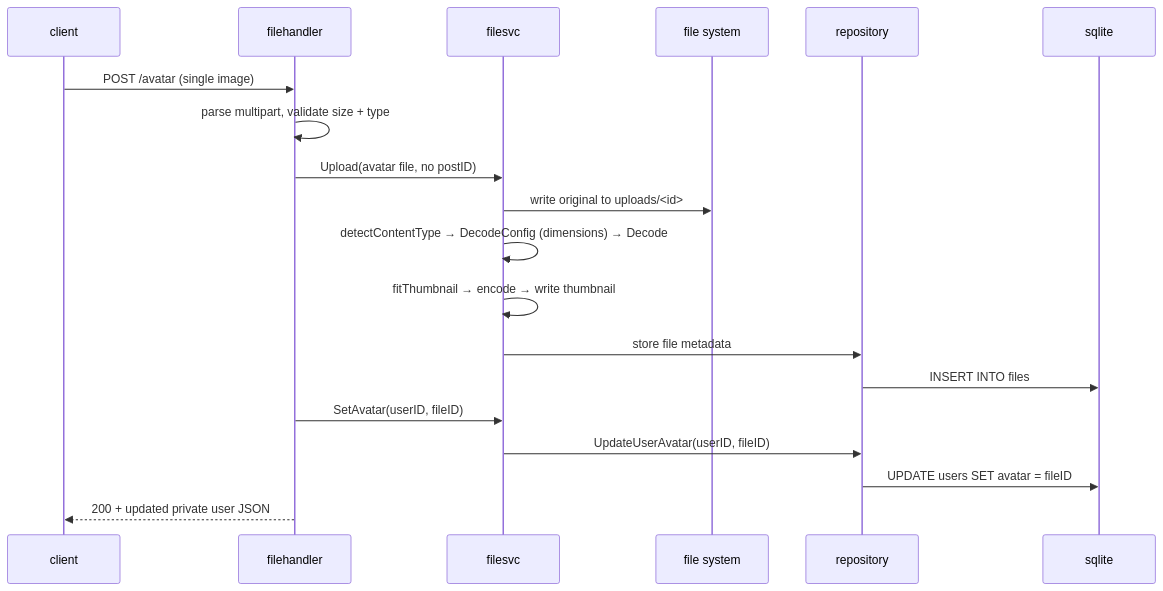
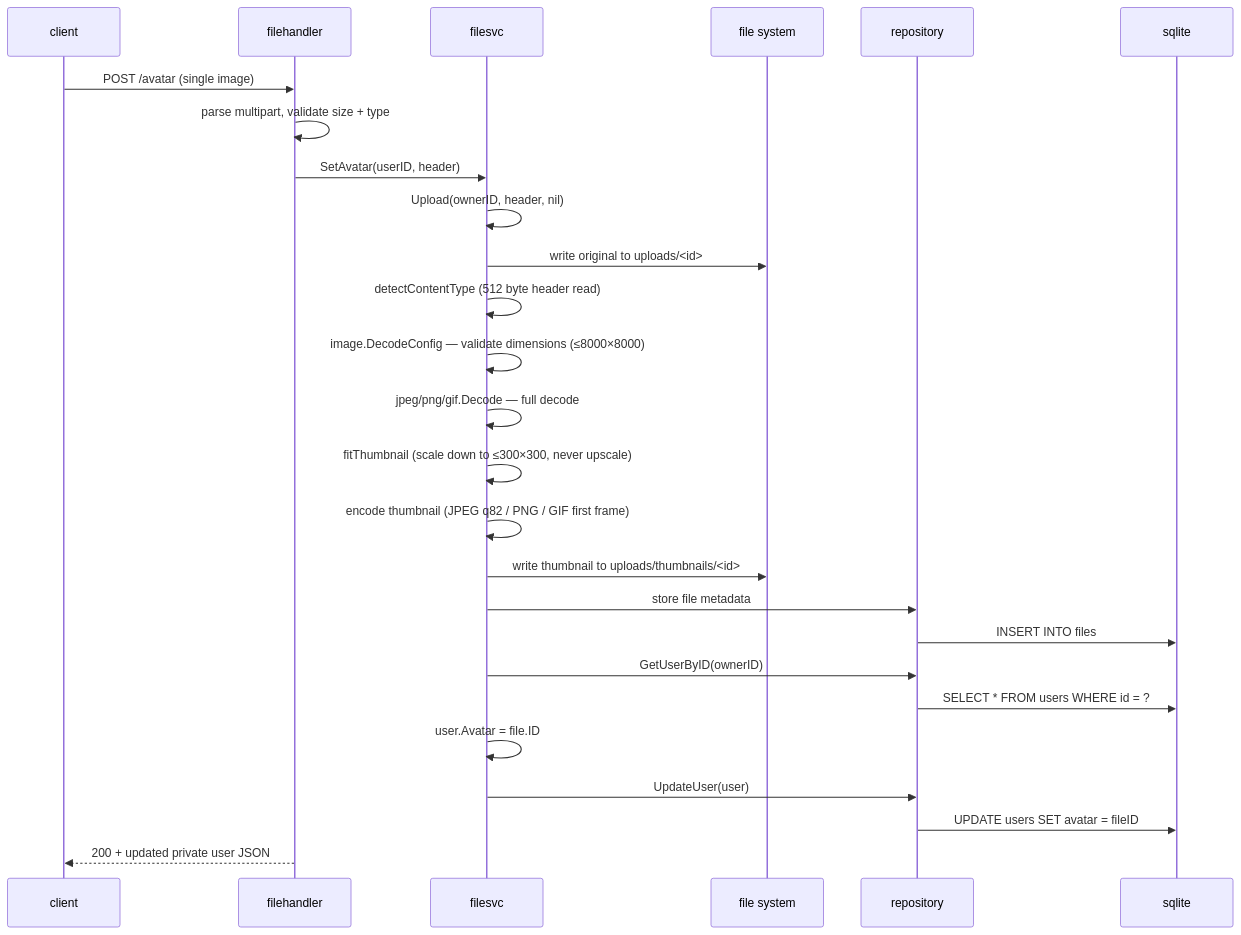
Before and after one commit to chentaymane/Social: the sixth of 6 diagrams in backend/readme.md, drawn with Mermaid.

Commit message:
docs: expand avatar upload diagram to show full thumbnail pipeline

````diff
--- a/backend/readme.md
+++ b/backend/readme.md
@@ -210,22 +210,29 @@
 ```mermaid
 sequenceDiagram
     participant C as client
     participant H as filehandler
     participant S as filesvc
     participant F as file system
     participant R as repository
     participant DB as sqlite
 
     C->>H: POST /avatar (single image)
     H->>H: parse multipart, validate size + type
-    H->>S: Upload(avatar file, no postID)
+    H->>S: SetAvatar(userID, header)
+    S->>S: Upload(ownerID, header, nil)
     S->>F: write original to uploads/<id>
-    S->>S: detectContentType → DecodeConfig (dimensions) → Decode
-    S->>S: fitThumbnail → encode → write thumbnail
+    S->>S: detectContentType (512 byte header read)
+    S->>S: image.DecodeConfig — validate dimensions (≤8000×8000)
+    S->>S: jpeg/png/gif.Decode — full decode
+    S->>S: fitThumbnail (scale down to ≤300×300, never upscale)
+    S->>S: encode thumbnail (JPEG q82 / PNG / GIF first frame)
+    S->>F: write thumbnail to uploads/thumbnails/<id>
     S->>R: store file metadata
     R->>DB: INSERT INTO files
-    H->>S: SetAvatar(userID, fileID)
-    S->>R: UpdateUserAvatar(userID, fileID)
+    S->>R: GetUserByID(ownerID)
+    R->>DB: SELECT * FROM users WHERE id = ?
+    S->>S: user.Avatar = file.ID
+    S->>R: UpdateUser(user)
     R->>DB: UPDATE users SET avatar = fileID
     H-->>C: 200 + updated private user JSON
 ```
````
